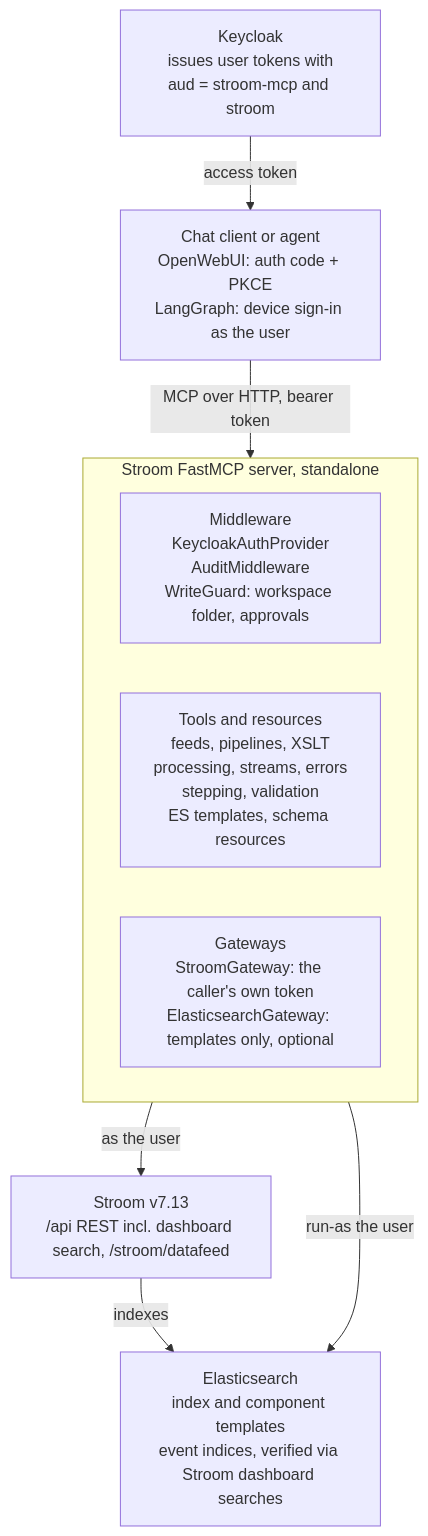
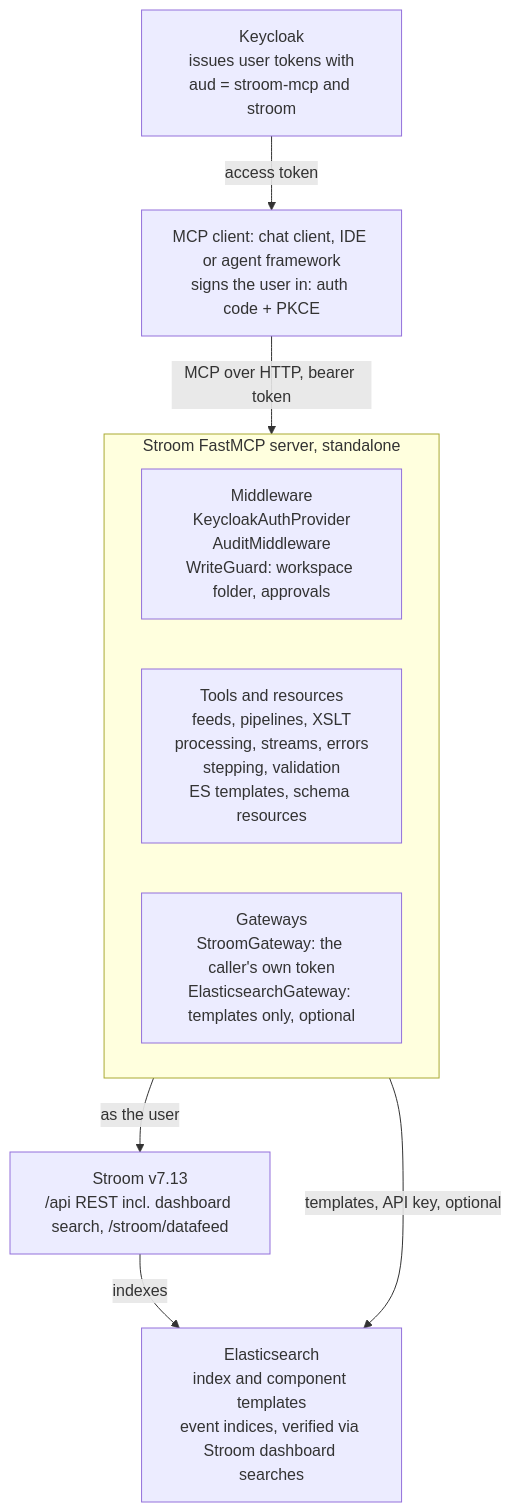
Before and after one commit to gradata-systems/stroom-fastmcp-server: the second of 2 diagrams in docs/DESIGN.md, drawn with Mermaid. The commit also changed other lines of this file and 4 other files, not shown here.

````diff
--- a/docs/DESIGN.md
+++ b/docs/DESIGN.md
@@ -155,17 +155,17 @@
 ```mermaid
 flowchart TB
-    client[Chat client or agent<br/>OpenWebUI: auth code + PKCE<br/>LangGraph: device sign-in as the user]
+    client[MCP client: chat client, IDE or agent framework<br/>signs the user in: auth code + PKCE]
     kc[Keycloak<br/>issues user tokens with<br/>aud = stroom-mcp and stroom]
     subgraph server[Stroom FastMCP server, standalone]
         mw[Middleware<br/>KeycloakAuthProvider<br/>AuditMiddleware<br/>WriteGuard: workspace folder, approvals]
         tools[Tools and resources<br/>feeds, pipelines, XSLT<br/>processing, streams, errors<br/>stepping, validation<br/>ES templates, schema resources]
         gw[Gateways<br/>StroomGateway: the caller's own token<br/>ElasticsearchGateway: templates only, optional]
     end
     stroom[Stroom v7.13<br/>/api REST incl. dashboard search, /stroom/datafeed]
     es[Elasticsearch<br/>index and component templates<br/>event indices, verified via Stroom dashboard searches]
     kc -- access token --> client
     client -- MCP over HTTP, bearer token --> server
     server -- as the user --> stroom
-    server -- run-as the user --> es
+    server -- templates, API key, optional --> es
     stroom -- indexes --> es
 ```
````
